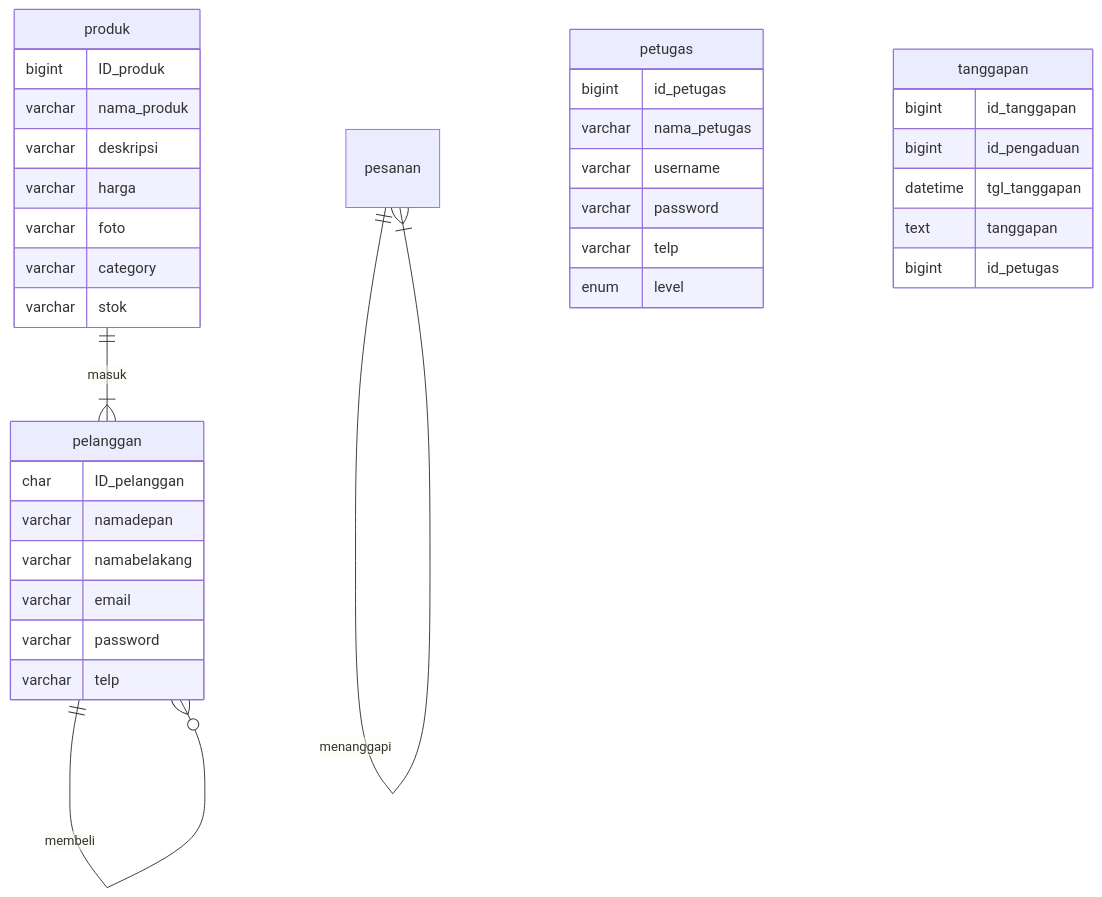
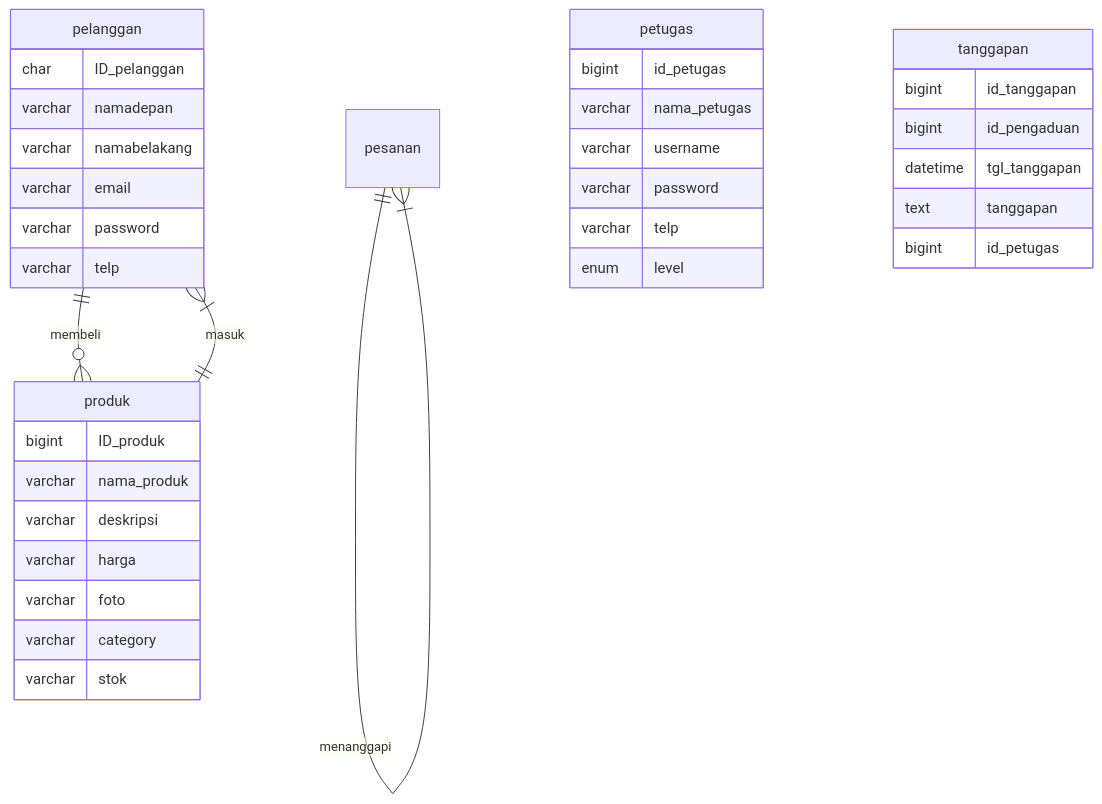
Before and after one commit to BaidhowiAlHuseiniHakiki/BaidhowiAlHuseiniHakiki: the diagram in job_interview.md, drawn with Mermaid.

````diff
--- a/job_interview.md
+++ b/job_interview.md
@@ -29,38 +29,38 @@
 ```mermaid
 erDiagram
-    pelanggan ||--o{ pelanggan : membeli
+    pelanggan ||--o{ produk : membeli
     pelanggan {
         char ID_pelanggan
         varchar namadepan
         varchar namabelakang
         varchar email
         varchar password
         varchar telp
     }
     produk ||--|{ pelanggan : masuk
     produk {
         bigint ID_produk
         varchar nama_produk
         varchar deskripsi
         varchar harga
         varchar foto
         varchar category
         varchar stok
     }
     pesanan ||--|{ pesanan : menanggapi
     petugas {
         bigint id_petugas
         varchar nama_petugas
         varchar username
         varchar password
         varchar telp
         enum level
     }
     tanggapan {
         bigint id_tanggapan
         bigint id_pengaduan
         datetime tgl_tanggapan
         text tanggapan
         bigint id_petugas
 }
 ```
````
